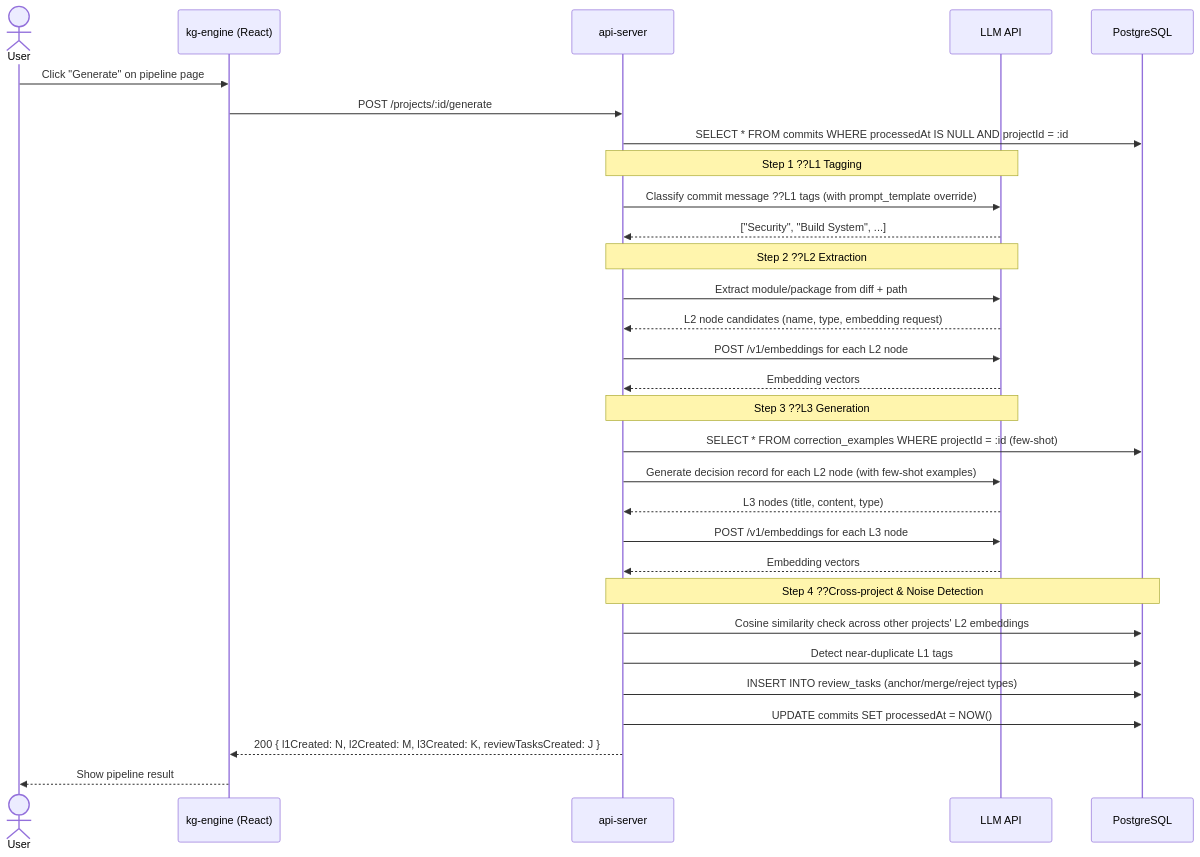
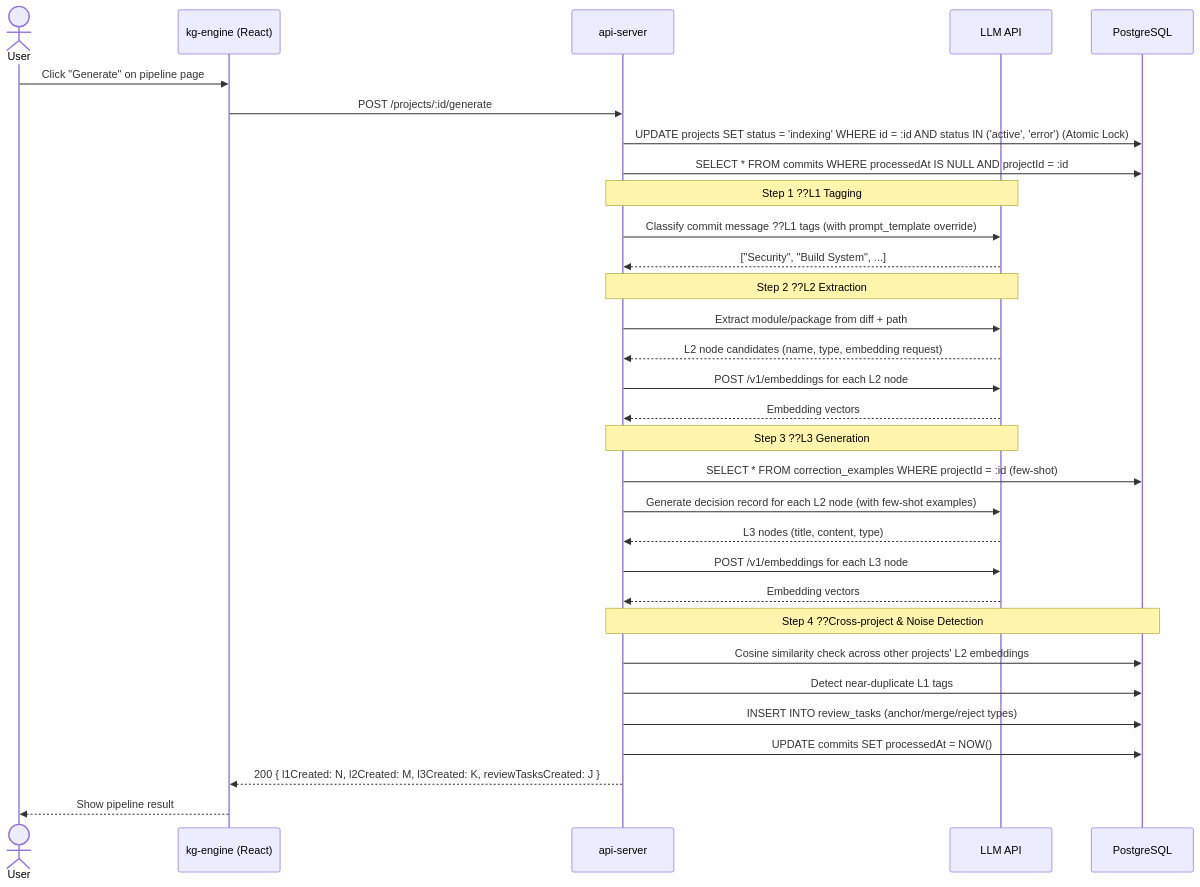
One commit to dyphn1/Docuvia changed the second of 6 diagrams in docs/design/06-runtime-scenarios.md. Above: the diagram before and after it, drawn with Mermaid. The commit also changed other lines of this file and 4 other files, not shown here.

````diff
--- a/docs/design/06-runtime-scenarios.md
+++ b/docs/design/06-runtime-scenarios.md
@@ -36,38 +36,39 @@
 ```mermaid
 sequenceDiagram
     actor User
     participant FE as kg-engine (React)
     participant API as api-server
     participant LLM as LLM API
     participant DB as PostgreSQL
 
     User->>FE: Click "Generate" on pipeline page
     FE->>API: POST /projects/:id/generate
+    API->>DB: UPDATE projects SET status = 'indexing' WHERE id = :id AND status IN ('active', 'error') (Atomic Lock)
     API->>DB: SELECT * FROM commits WHERE processedAt IS NULL AND projectId = :id
 
     Note over API,LLM: Step 1 ??L1 Tagging
     API->>LLM: Classify commit message ??L1 tags (with prompt_template override)
     LLM-->>API: ["Security", "Build System", ...]
 
     Note over API,LLM: Step 2 ??L2 Extraction
     API->>LLM: Extract module/package from diff + path
     LLM-->>API: L2 node candidates (name, type, embedding request)
     API->>LLM: POST /v1/embeddings for each L2 node
     LLM-->>API: Embedding vectors
 
     Note over API,LLM: Step 3 ??L3 Generation
     API->>DB: SELECT * FROM correction_examples WHERE projectId = :id (few-shot)
     API->>LLM: Generate decision record for each L2 node (with few-shot examples)
     LLM-->>API: L3 nodes (title, content, type)
     API->>LLM: POST /v1/embeddings for each L3 node
     LLM-->>API: Embedding vectors
 
     Note over API,DB: Step 4 ??Cross-project & Noise Detection
     API->>DB: Cosine similarity check across other projects' L2 embeddings
     API->>DB: Detect near-duplicate L1 tags
     API->>DB: INSERT INTO review_tasks (anchor/merge/reject types)
     API->>DB: UPDATE commits SET processedAt = NOW()
 
     API-->>FE: 200 { l1Created: N, l2Created: M, l3Created: K, reviewTasksCreated: J }
     FE-->>User: Show pipeline result
 ```
````
